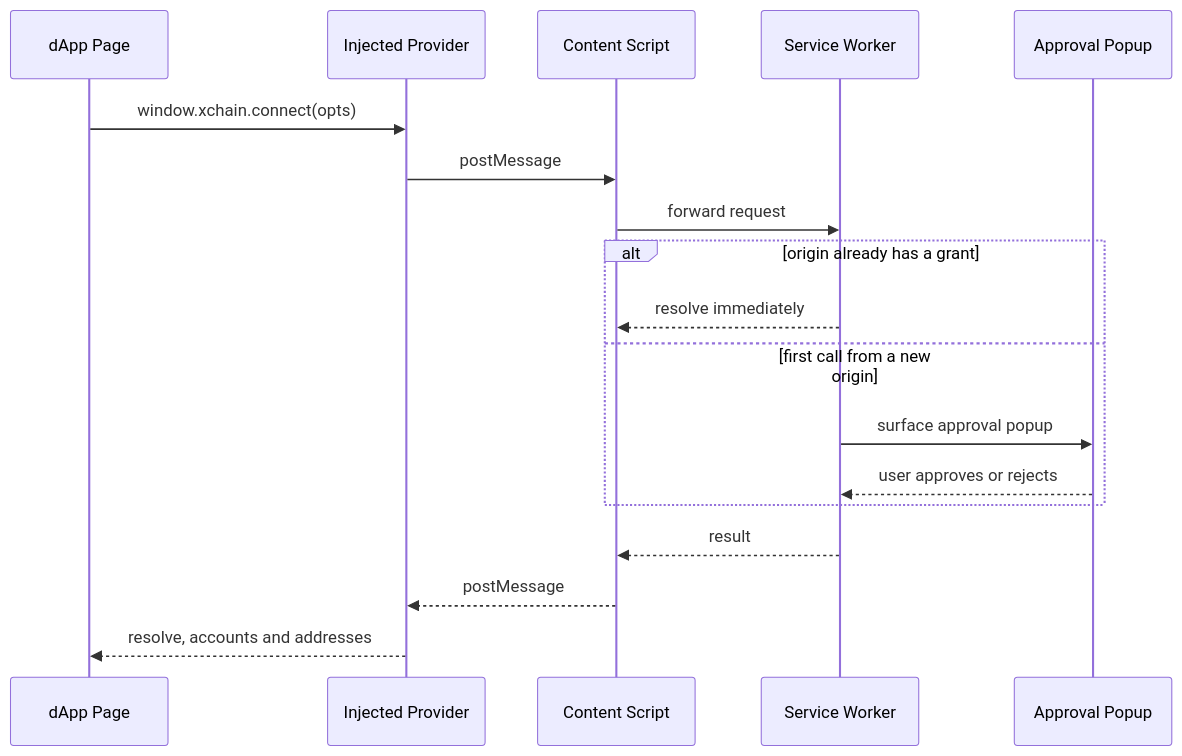
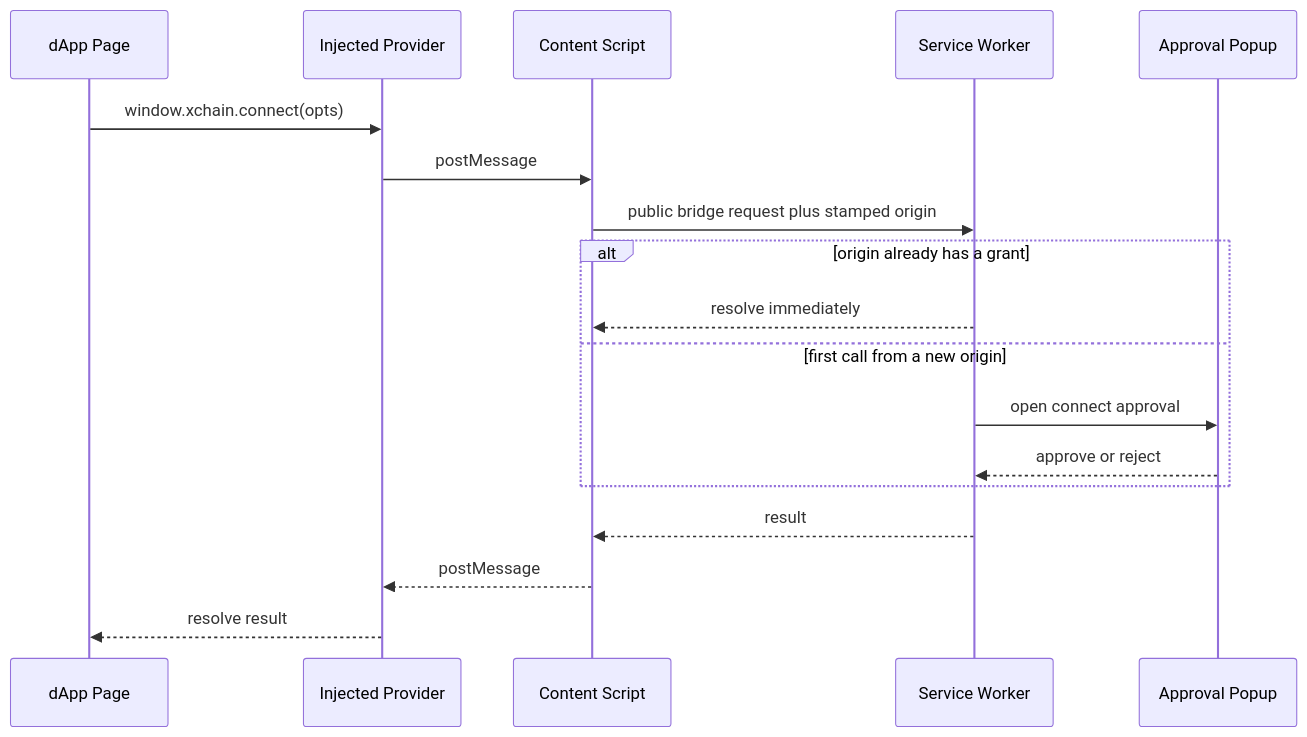
One commit to XChain-Platform/xchain-documentation changed the diagram in components/wallet/bridge.md. Above: the diagram before and after it, drawn with Mermaid. The commit also changed other lines of this file, not shown here.

Commit message:
Align wallet bridge documentation with runtime

````diff
--- a/components/wallet/bridge.md
+++ b/components/wallet/bridge.md
@@ -81,23 +89,23 @@
 ```mermaid
 sequenceDiagram
     participant Page as dApp Page
     participant Provider as Injected Provider
     participant Content as Content Script
     participant Worker as Service Worker
     participant Popup as Approval Popup
 
     Page->>Provider: window.xchain.connect(opts)
     Provider->>Content: postMessage
-    Content->>Worker: forward request
+    Content->>Worker: public bridge request plus stamped origin
 
     alt origin already has a grant
         Worker-->>Content: resolve immediately
     else first call from a new origin
-        Worker->>Popup: surface approval popup
-        Popup-->>Worker: user approves or rejects
+        Worker->>Popup: open connect approval
+        Popup-->>Worker: approve or reject
     end
 
     Worker-->>Content: result
     Content-->>Provider: postMessage
-    Provider-->>Page: resolve, accounts and addresses
+    Provider-->>Page: resolve result
 ```
````
